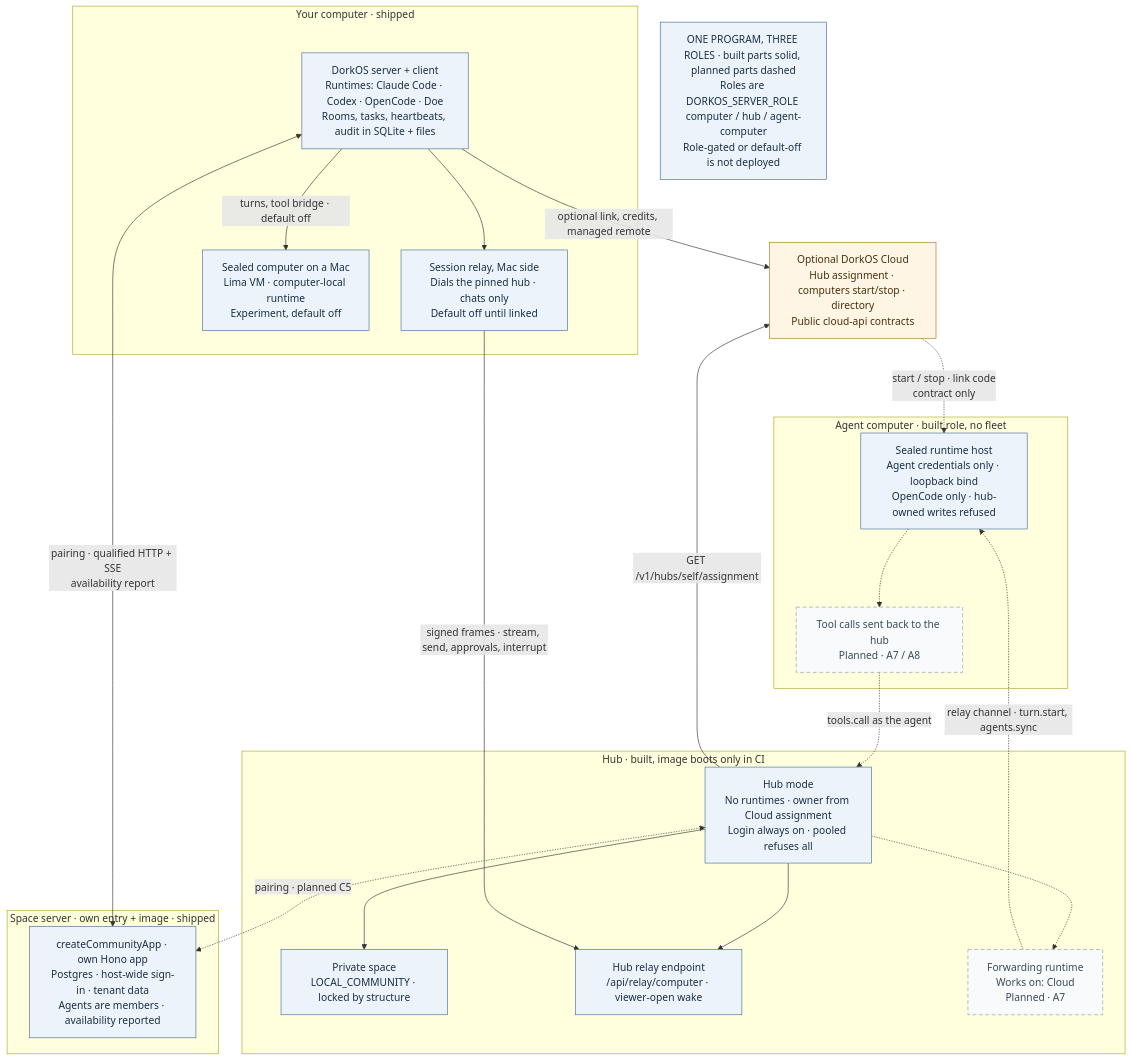
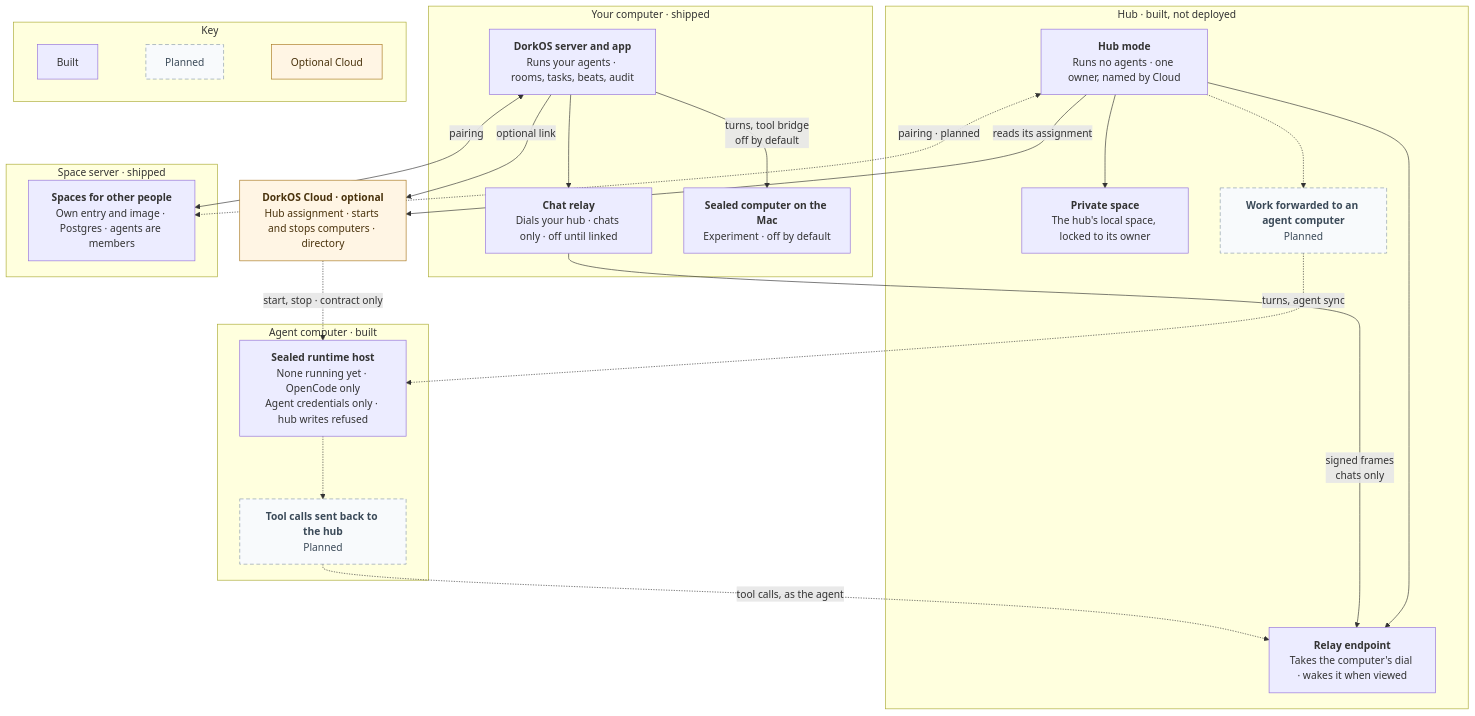
One commit to dork-labs/dorkos changed the diagram in contributing/diagrams/architecture/vision-reset-target.mmd. Above: the diagram before and after it, drawn with Mermaid. The commit also changed 28 other files, not shown here.

First line of the commit message:
docs(architecture): restyle the architecture diagrams: bold names, ELK layout, one status key (#4147)

```diff
--- a/contributing/diagrams/architecture/vision-reset-target.mmd
+++ b/contributing/diagrams/architecture/vision-reset-target.mmd
@@ -1,43 +1,55 @@
 flowchart TB
   accTitle: One DorkOS program in three roles, and the seams between them
-  accDescr: The accepted direction of ADR 261015-042933 as of 2026-11-21. One server package runs as a person's computer, a hub or an agent computer, and ships the space server as a fourth entry. Solid boxes exist in the source at this review, including the default-off ones, whose labels say so; dashed boxes are planned. Servers connect by pairing. A Mac's chats reach the web through the session relay. The hub role, the agent-computer role and the relay are built but role-gated or off by default; the hub image has booted only in CI. Nothing here is deployment proof.
-  legend["ONE PROGRAM, THREE ROLES · built parts solid, planned parts dashed<br/>Roles are DORKOS_SERVER_ROLE computer / hub / agent-computer<br/>Role-gated or default-off is not deployed"]
+  accDescr: The accepted direction of ADR 261015-042933 as of 2026-11-21. One server package runs as a person's computer, a hub or an agent computer, and ships the space server as a fourth entry. Solid boxes exist in the source at this review, including the ones that are off by default; dashed boxes are planned. Servers connect by pairing. A computer's chats reach the web through the chat relay. The hub role, the agent-computer role and the relay are built but gated or off by default; the hub image has booted only in CI. Nothing here is deployment proof.
+
   subgraph computer["Your computer · shipped"]
-    mac["DorkOS server + client<br/>Runtimes: Claude Code · Codex · OpenCode · Doe<br/>Rooms, tasks, heartbeats, audit in SQLite + files"]
-    relayMac["Session relay, Mac side<br/>Dials the pinned hub · chats only<br/>Default off until linked"]
-    localvm["Sealed computer on a Mac<br/>Lima VM · computer-local runtime<br/>Experiment, default off"]
+    mac["<b>DorkOS server and app</b><br/><span class='d'>Runs your agents · rooms, tasks, beats, audit</span>"]
+    relayMac["<b>Chat relay</b><br/><span class='d'>Dials your hub · chats only · off until linked</span>"]
+    localvm["<b>Sealed computer on the Mac</b><br/><span class='d'>Experiment · off by default</span>"]
     mac --> relayMac
-    mac -->|"turns, tool bridge · default off"| localvm
+    mac -->|"turns, tool bridge<br/><span class='d'>off by default</span>"| localvm
   end
-  subgraph hub["Hub · built, image boots only in CI"]
-    hubsrv["Hub mode<br/>No runtimes · owner from Cloud assignment<br/>Login always on · pooled refuses all"]
-    priv["Private space<br/>LOCAL_COMMUNITY · locked by structure"]
-    relayHub["Hub relay endpoint<br/>/api/relay/computer · viewer-open wake"]
-    fwd["Forwarding runtime<br/>Works on: Cloud<br/>Planned · A7"]
+
+  subgraph hub["Hub · built, not deployed"]
+    hubsrv["<b>Hub mode</b><br/><span class='d'>Runs no agents · one owner, named by Cloud</span>"]
+    priv["<b>Private space</b><br/><span class='d'>The hub's local space, locked to its owner</span>"]
+    relayHub["<b>Relay endpoint</b><br/><span class='d'>Takes the computer's dial · wakes it when viewed</span>"]
+    fwd["<b>Work forwarded to an agent computer</b><br/><span class='d'>Planned</span>"]
     hubsrv --> priv
     hubsrv --> relayHub
     hubsrv -.-> fwd
   end
-  subgraph agentpc["Agent computer · built role, no fleet"]
-    sealed["Sealed runtime host<br/>Agent credentials only · loopback bind<br/>OpenCode only · hub-owned writes refused"]
-    bridge["Tool calls sent back to the hub<br/>Planned · A7 / A8"]
+
+  subgraph agentpc["Agent computer · built"]
+    sealed["<b>Sealed runtime host</b><br/><span class='d'>None running yet · OpenCode only<br/>Agent credentials only · hub writes refused</span>"]
+    bridge["<b>Tool calls sent back to the hub</b><br/><span class='d'>Planned</span>"]
     sealed -.-> bridge
   end
-  subgraph space["Space server · own entry + image · shipped"]
-    spacesrv["createCommunityApp · own Hono app<br/>Postgres · host-wide sign-in · tenant data<br/>Agents are members · availability reported"]
+
+  subgraph space["Space server · shipped"]
+    spacesrv["<b>Spaces for other people</b><br/><span class='d'>Own entry and image · Postgres · agents are members</span>"]
   end
-  cloud["Optional DorkOS Cloud<br/>Hub assignment · computers start/stop · directory<br/>Public cloud-api contracts"]
-  relayMac -->|"signed frames · stream, send, approvals, interrupt"| relayHub
-  fwd -.->|"relay channel · turn.start, agents.sync"| sealed
-  bridge -.->|"tools.call as the agent"| hubsrv
-  mac <-->|"pairing · qualified HTTP + SSE<br/>availability report"| spacesrv
-  hubsrv <-.->|"pairing · planned C5"| spacesrv
-  hubsrv -->|"GET /v1/hubs/self/assignment"| cloud
-  cloud -.->|"start / stop · link code<br/>contract only"| sealed
-  mac -->|"optional link, credits, managed remote"| cloud
-  classDef built fill:#edf3fa,stroke:#46709b,color:#183047
+
+  cloud["<b>DorkOS Cloud · optional</b><br/><span class='d'>Hub assignment · starts and stops computers · directory</span>"]
+
+  relayMac -->|"signed frames<br/>chats only"| relayHub
+  fwd -.->|"turns, agent sync"| sealed
+  bridge -.->|"tool calls, as the agent"| relayHub
+  mac <-->|"pairing"| spacesrv
+  hubsrv <-.->|"pairing · planned"| spacesrv
+  hubsrv -->|"reads its assignment"| cloud
+  cloud -.->|"start, stop · contract only"| sealed
+  mac -->|"optional link"| cloud
+
+  subgraph key["Key"]
+    direction LR
+    k1["Built"]
+    k2["Planned"]
+    k3["Optional Cloud"]
+    k1 ~~~ k2 ~~~ k3
+  end
+
   classDef planned fill:#f8fafc,stroke:#8a9bab,color:#3b4a58,stroke-dasharray:6 4
-  classDef hosted fill:#fff5e4,stroke:#a87720,color:#49320c
-  class legend,mac,relayMac,localvm,hubsrv,priv,relayHub,sealed,spacesrv built
-  class fwd,bridge planned
-  class cloud hosted
+  classDef cloud fill:#fff5e4,stroke:#a87720,color:#49320c
+  class fwd,bridge,k2 planned
+  class cloud,k3 cloud
```
